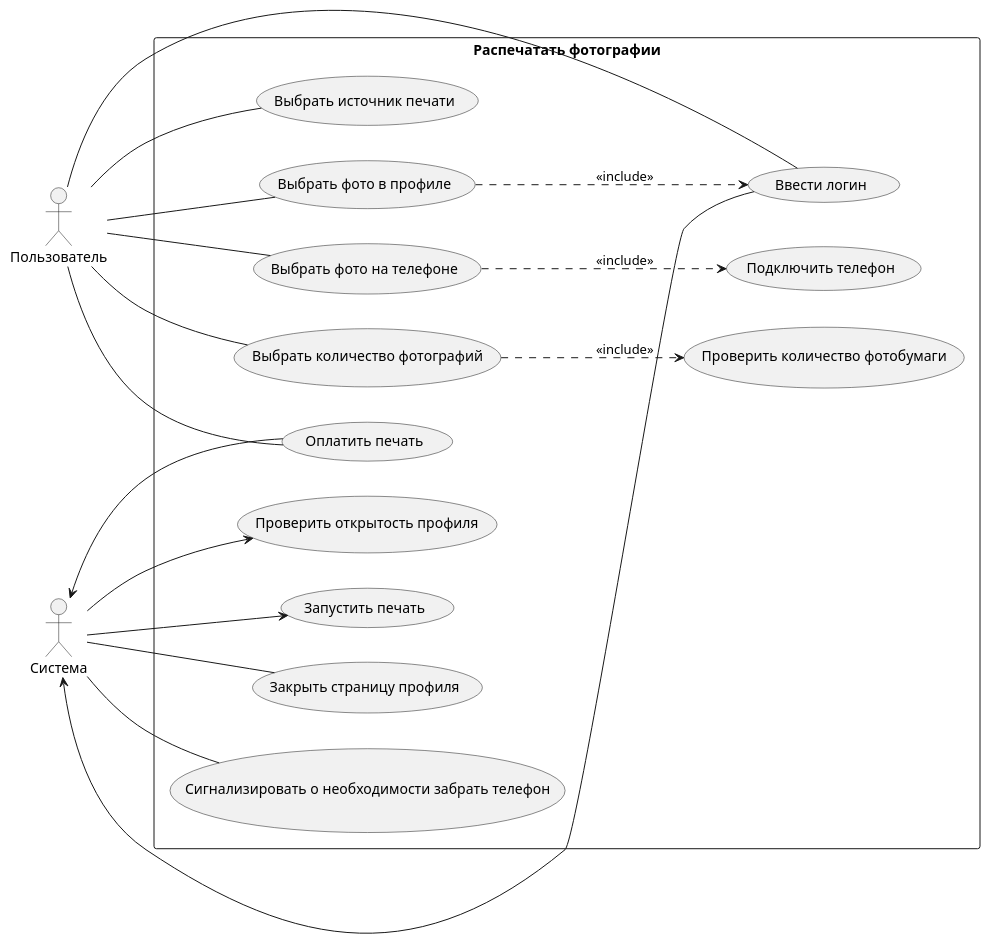
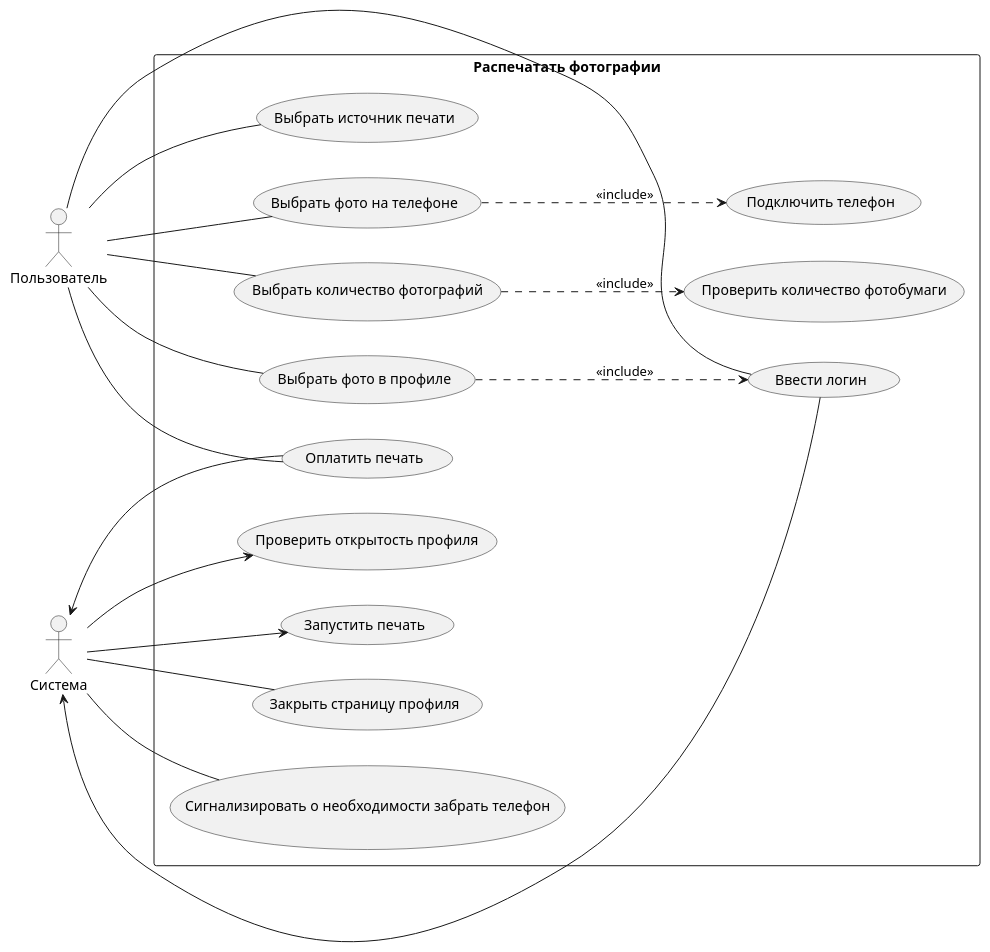
One commit to PopkovAYu/Notes changed the diagram in Notes/Системная аналитика/Курсы от нетологии/Раздел 3. Анализ требований/Итоговая работа по модулю.md. Above: the diagram before and after it, drawn with PlantUML. The commit also changed other lines of this file, not shown here.

````diff
--- a/Notes/Системная аналитика/Курсы от нетологии/Раздел 3. Анализ требований/Итоговая работа по модулю.md
+++ b/Notes/Системная аналитика/Курсы от нетологии/Раздел 3. Анализ требований/Итоговая работа по модулю.md
@@ -72,26 +72,26 @@
 ```plantuml
 @startuml
 actor Пользователь as user
 actor Система as sys
 
 rectangle "Распечатать фотографии" {
 left to right direction
 	user -- (Выбрать источник печати)
-	user -- (Выбрать фото в профиле)
-	user -- (Ввести логин)
-	(Ввести логин) --> sys
 	sys --> (Проверить открытость профиля)
 	user -- (Выбрать фото на телефоне)
 	(Выбрать фото на телефоне) ..> (Подключить телефон) : <<include>>
 	user -- (Выбрать количество фотографий)
+	(Выбрать количество фотографий) ..> (Проверить количество фотобумаги) : <<include>>
+	user -- (Выбрать фото в профиле)
+	user -- (Ввести логин)
 	(Выбрать фото в профиле) ..> (Ввести логин) : <<include>>
-	(Выбрать количество фотографий) ..> (Проверить количество фотобумаги) : <<include>>
+	(Ввести логин) --> sys
 	user -- (Оплатить печать)
 	(Оплатить печать) --> sys
 	sys --> (Запустить печать)
 	sys -- (Закрыть страницу профиля)
 	sys -- (Сигнализировать о необходимости забрать телефон)
 	
 }
 @enduml
 ```
````
